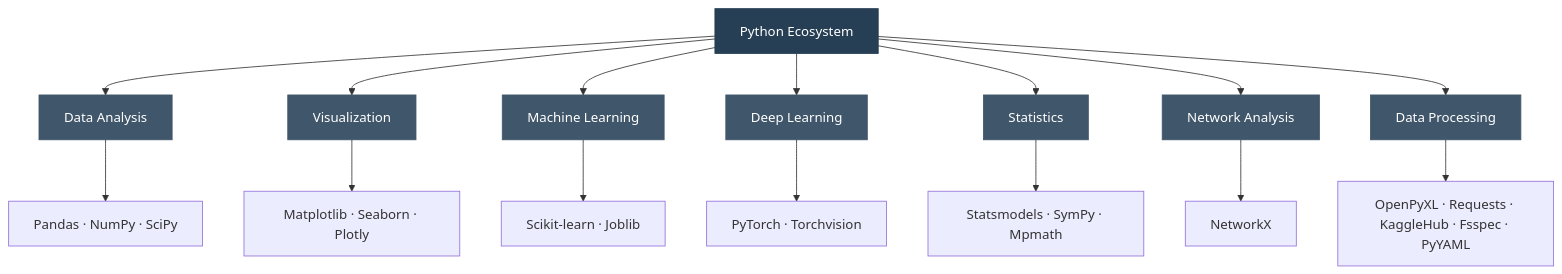
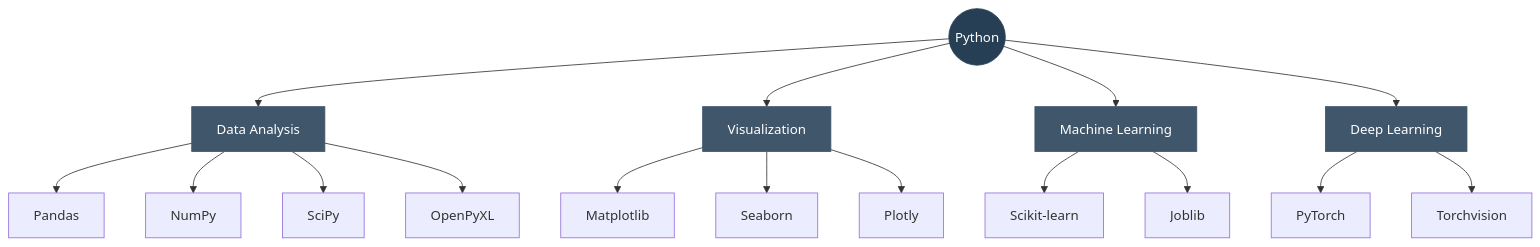
The second of 3 diagrams in README.md (alaamd-1000/alaamd-1000), drawn with Mermaid before and after one commit. The commit also changed other lines of this file, not shown here.

````diff
--- a/README.md
+++ b/README.md
@@ -30,29 +41,30 @@
 ```mermaid
-flowchart TD
-    A["Python Ecosystem"]
+flowchart TB
+    A((Python))
 
-    A --> B["Data Analysis"]
-    A --> C["Visualization"]
-    A --> D["Machine Learning"]
-    A --> E["Deep Learning"]
-    A --> F["Statistics"]
-    A --> G["Network Analysis"]
-    A --> H["Data Processing"]
+    A --> B[Data Analysis]
+    A --> C[Visualization]
+    A --> D[Machine Learning]
+    A --> E[Deep Learning]
 
-    B --> B1["Pandas · NumPy · SciPy"]
-    C --> C1["Matplotlib · Seaborn · Plotly"]
-    D --> D1["Scikit-learn · Joblib"]
-    E --> E1["PyTorch · Torchvision"]
-    F --> F1["Statsmodels · SymPy · Mpmath"]
-    G --> G1["NetworkX"]
-    H --> H1["OpenPyXL · Requests · KaggleHub · Fsspec · PyYAML"]
+    B --> B1[Pandas]
+    B --> B2[NumPy]
+    B --> B3[SciPy]
+    B --> B4[OpenPyXL]
+
+    C --> C1[Matplotlib]
+    C --> C2[Seaborn]
+    C --> C3[Plotly]
+
+    D --> D1[Scikit-learn]
+    D --> D2[Joblib]
+
+    E --> E1[PyTorch]
+    E --> E2[Torchvision]
 
     style A fill:#263F55,color:#fff,stroke:#263F55
     style B fill:#40566A,color:#fff,stroke:#40566A
     style C fill:#40566A,color:#fff,stroke:#40566A
     style D fill:#40566A,color:#fff,stroke:#40566A
     style E fill:#40566A,color:#fff,stroke:#40566A
-    style F fill:#40566A,color:#fff,stroke:#40566A
-    style G fill:#40566A,color:#fff,stroke:#40566A
-    style H fill:#40566A,color:#fff,stroke:#40566A
 ```
````
